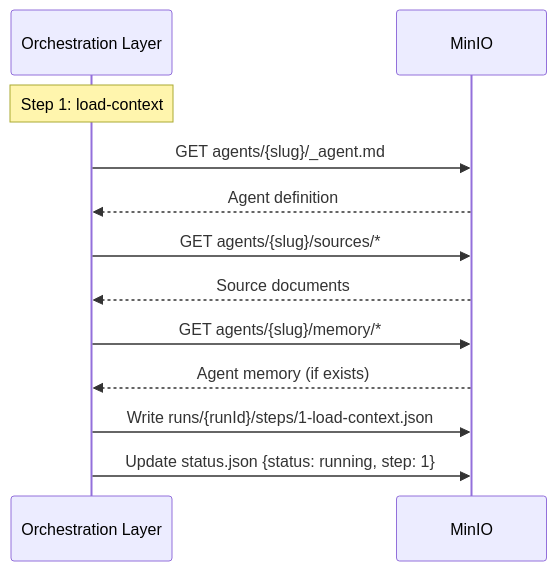
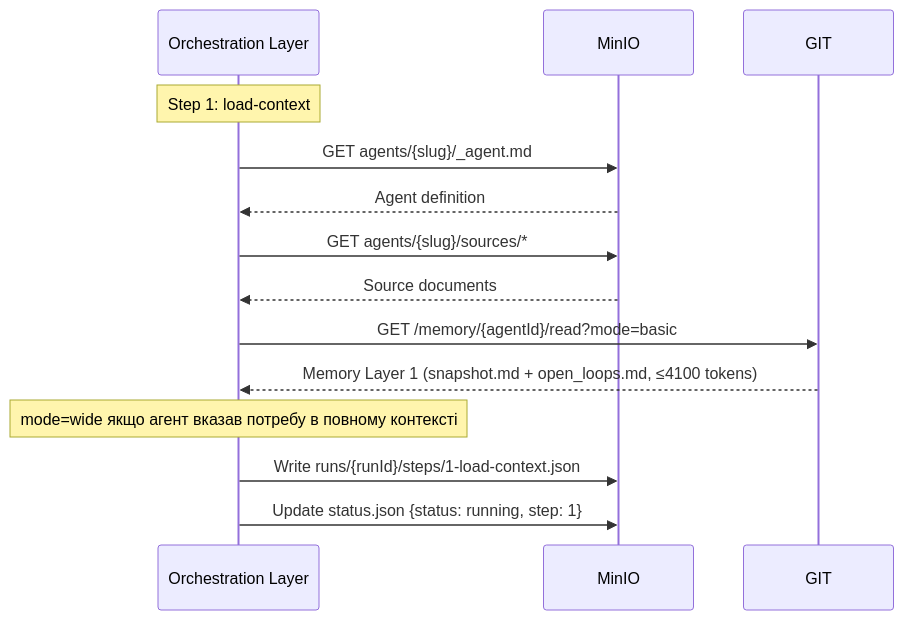
Before and after one commit to maxfraieho/garden-bloom: the third of 7 diagrams in docs/architecture/EXECUTION_PIPELINE_CANONICAL.md, drawn with Mermaid. The commit also changed other lines of this file and 12 other files, not shown here.

First line of the commit message:
docs: integrate AGENT_MEMORY, AGENT_LOGIC_VERSIONING, orchestration research

````diff
--- a/docs/architecture/EXECUTION_PIPELINE_CANONICAL.md
+++ b/docs/architecture/EXECUTION_PIPELINE_CANONICAL.md
@@ -95,19 +95,21 @@
 ```mermaid
 sequenceDiagram
     participant ORC as Orchestration Layer
     participant S3 as MinIO
 
     Note over ORC: Step 1: load-context
 
     ORC->>S3: GET agents/{slug}/_agent.md
     S3-->>ORC: Agent definition
 
     ORC->>S3: GET agents/{slug}/sources/*
     S3-->>ORC: Source documents
 
-    ORC->>S3: GET agents/{slug}/memory/*
-    S3-->>ORC: Agent memory (if exists)
+    ORC->>GIT: GET /memory/{agentId}/read?mode=basic
+    GIT-->>ORC: Memory Layer 1 (snapshot.md + open_loops.md, ≤4100 tokens)
+
+    Note over ORC: mode=wide якщо агент вказав потребу в повному контексті
 
     ORC->>S3: Write runs/{runId}/steps/1-load-context.json
     ORC->>S3: Update status.json {status: running, step: 1}
 ```
````
